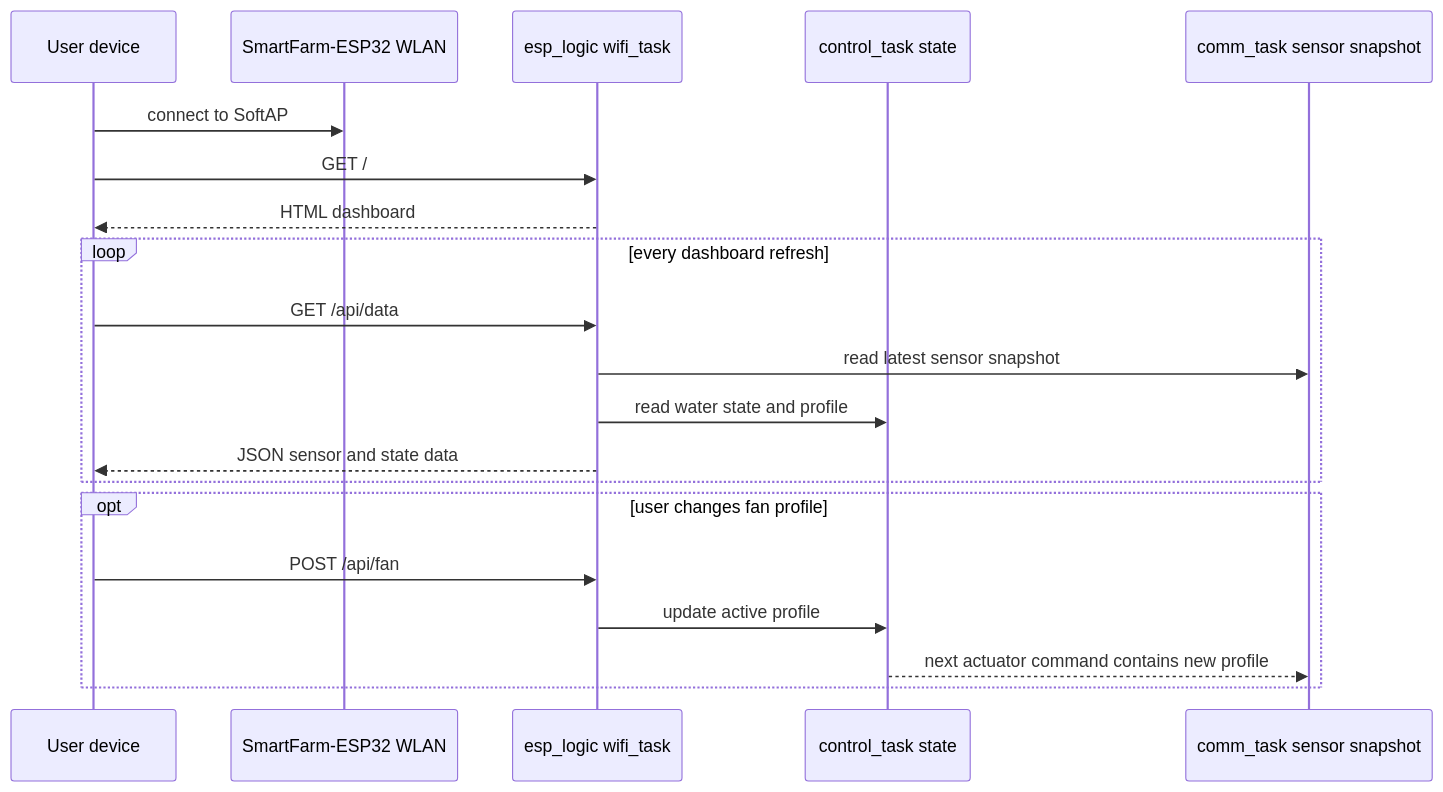
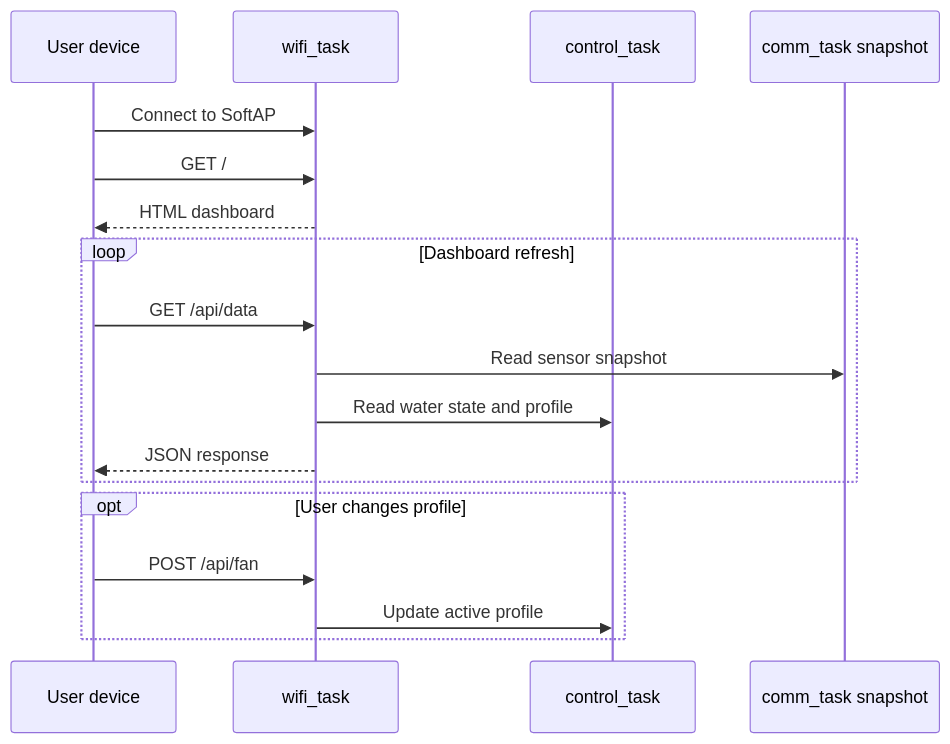
One commit to EmbeddedNik/embedded_markdowns changed the diagram in docs/diagrams/webui_sequence.mmd. Above: the diagram before and after it, drawn with Mermaid. The commit also changed 28 other files, not shown here.

Commit message:
change in diagrams

```diff
--- a/docs/diagrams/webui_sequence.mmd
+++ b/docs/diagrams/webui_sequence.mmd
@@ -1,23 +1,21 @@
 sequenceDiagram
-    participant User as User device
-    participant WiFi as SmartFarm-ESP32 WLAN
-    participant Web as esp_logic wifi_task
-    participant Ctrl as control_task state
-    participant Comm as comm_task sensor snapshot
+    participant U as User device
+    participant W as wifi_task
+    participant C as control_task
+    participant S as comm_task snapshot
 
-    User->>WiFi: connect to SoftAP
-    User->>Web: GET /
-    Web-->>User: HTML dashboard
+    U->>W: Connect to SoftAP
+    U->>W: GET /
+    W-->>U: HTML dashboard
 
-    loop every dashboard refresh
-        User->>Web: GET /api/data
-        Web->>Comm: read latest sensor snapshot
-        Web->>Ctrl: read water state and profile
-        Web-->>User: JSON sensor and state data
+    loop Dashboard refresh
+        U->>W: GET /api/data
+        W->>S: Read sensor snapshot
+        W->>C: Read water state and profile
+        W-->>U: JSON response
     end
 
-    opt user changes fan profile
-        User->>Web: POST /api/fan
-        Web->>Ctrl: update active profile
-        Ctrl-->>Comm: next actuator command contains new profile
+    opt User changes profile
+        U->>W: POST /api/fan
+        W->>C: Update active profile
     end
```
